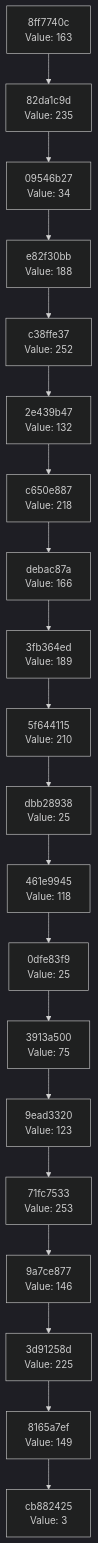
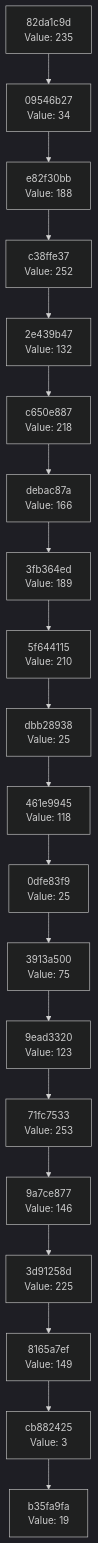
Before and after one commit to Abhisheksinha1506/hash-chain-evolver: the diagram in docs/CHAIN_VISUALIZATION.md, drawn with Mermaid (dark theme). The commit also changed 1 other file, not shown here.

Commit message:
Evolution step: hash 0x13 → action executed

````diff
--- a/docs/CHAIN_VISUALIZATION.md
+++ b/docs/CHAIN_VISUALIZATION.md
@@ -3,42 +3,42 @@
 ```mermaid
 graph TD
-    C0["cb882425<br/>Value: 3"]
-    C1["8165a7ef<br/>Value: 149"]
+    C0["b35fa9fa<br/>Value: 19"]
+    C1["cb882425<br/>Value: 3"]
     C1 --> C0
-    C2["3d91258d<br/>Value: 225"]
+    C2["8165a7ef<br/>Value: 149"]
     C2 --> C1
-    C3["9a7ce877<br/>Value: 146"]
+    C3["3d91258d<br/>Value: 225"]
     C3 --> C2
-    C4["71fc7533<br/>Value: 253"]
+    C4["9a7ce877<br/>Value: 146"]
     C4 --> C3
-    C5["9ead3320<br/>Value: 123"]
+    C5["71fc7533<br/>Value: 253"]
     C5 --> C4
-    C6["3913a500<br/>Value: 75"]
+    C6["9ead3320<br/>Value: 123"]
     C6 --> C5
-    C7["0dfe83f9<br/>Value: 25"]
+    C7["3913a500<br/>Value: 75"]
     C7 --> C6
-    C8["461e9945<br/>Value: 118"]
+    C8["0dfe83f9<br/>Value: 25"]
     C8 --> C7
-    C9["dbb28938<br/>Value: 25"]
+    C9["461e9945<br/>Value: 118"]
     C9 --> C8
-    C10["5f644115<br/>Value: 210"]
+    C10["dbb28938<br/>Value: 25"]
     C10 --> C9
-    C11["3fb364ed<br/>Value: 189"]
+    C11["5f644115<br/>Value: 210"]
     C11 --> C10
-    C12["debac87a<br/>Value: 166"]
+    C12["3fb364ed<br/>Value: 189"]
     C12 --> C11
-    C13["c650e887<br/>Value: 218"]
+    C13["debac87a<br/>Value: 166"]
     C13 --> C12
-    C14["2e439b47<br/>Value: 132"]
+    C14["c650e887<br/>Value: 218"]
     C14 --> C13
-    C15["c38ffe37<br/>Value: 252"]
+    C15["2e439b47<br/>Value: 132"]
     C15 --> C14
-    C16["e82f30bb<br/>Value: 188"]
+    C16["c38ffe37<br/>Value: 252"]
     C16 --> C15
-    C17["09546b27<br/>Value: 34"]
+    C17["e82f30bb<br/>Value: 188"]
     C17 --> C16
-    C18["82da1c9d<br/>Value: 235"]
+    C18["09546b27<br/>Value: 34"]
     C18 --> C17
-    C19["8ff7740c<br/>Value: 163"]
+    C19["82da1c9d<br/>Value: 235"]
     C19 --> C18
 ```
````
